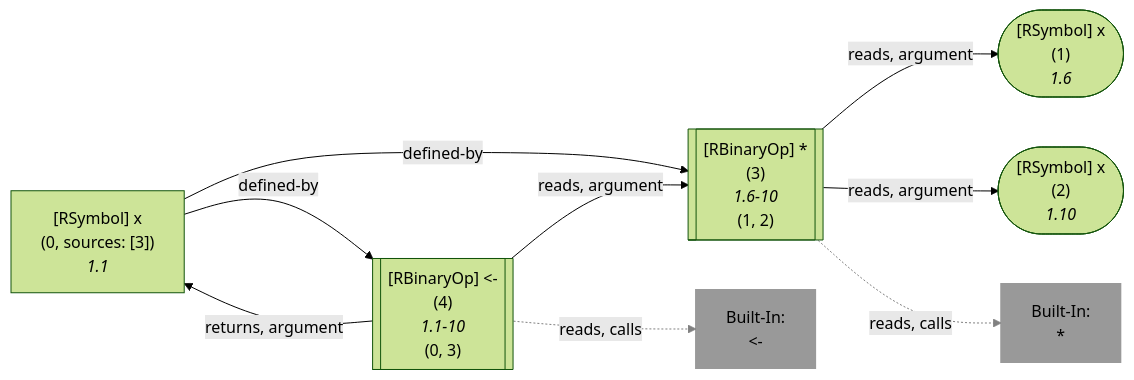
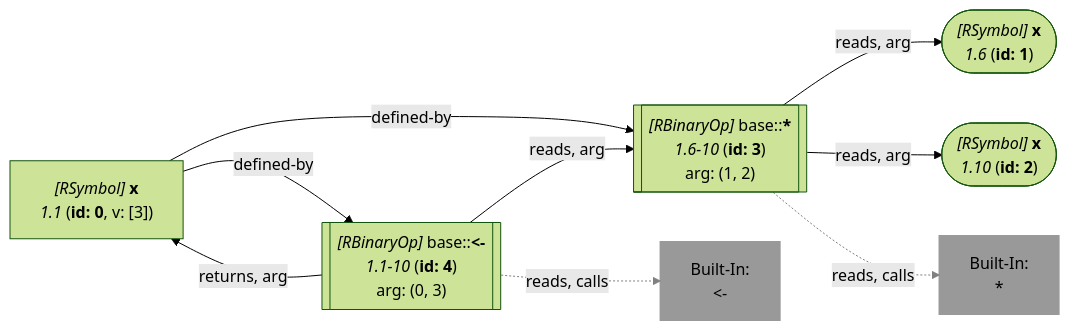
One commit to flowr-analysis/flowr changed the second of 4 diagrams in wiki/Search API.md. Above: the diagram before and after it, drawn with Mermaid (forest theme). The commit also changed other lines of this file and 228 other files, not shown here.

````diff
--- a/wiki/Search API.md
+++ b/wiki/Search API.md
@@ -72,38 +72,33 @@
 ```mermaid
 flowchart LR
-    1(["`#91;RSymbol#93; x
-      (1)
-      *1.6*`"])
+    1(["`*#91;RSymbol#93;* **x**
+      *1.6* (**id: 1**)`"])
    %% No edges found for 1
-    2(["`#91;RSymbol#93; x
-      (2)
-      *1.10*`"])
+    2(["`*#91;RSymbol#93;* **x**
+      *1.10* (**id: 2**)`"])
    %% No edges found for 2
-    3[["`#91;RBinaryOp#93; #42;
-      (3)
-      *1.6-10*
-    (1, 2)`"]]
+    3[["`*#91;RBinaryOp#93;* base#58;#58;**#42;**
+      *1.6-10* (**id: 3**)
+    arg: (1, 2)`"]]
     built-in:_["`Built-In:
 #42;`"]
     style built-in:_ stroke:gray,fill:gray,stroke-width:2px,opacity:.8;
-    0["`#91;RSymbol#93; x
-      (0, sources: [3])
-      *1.1*`"]
-    4[["`#91;RBinaryOp#93; #60;#45;
-      (4)
-      *1.1-10*
-    (0, 3)`"]]
+    0["`*#91;RSymbol#93;* **x**
+      *1.1* (**id: 0**, v: [3])`"]
+    4[["`*#91;RBinaryOp#93;* base#58;#58;**#60;#45;**
+      *1.1-10* (**id: 4**)
+    arg: (0, 3)`"]]
     built-in:_-["`Built-In:
 #60;#45;`"]
     style built-in:_- stroke:gray,fill:gray,stroke-width:2px,opacity:.8;
-    3 -->|"reads, argument"| 1
-    3 -->|"reads, argument"| 2
+    3 -->|"reads, arg"| 1
+    3 -->|"reads, arg"| 2
     3 -.->|"reads, calls"| built-in:_
     linkStyle 2 stroke:gray;
     0 -->|"defined-by"| 3
     0 -->|"defined-by"| 4
-    4 -->|"reads, argument"| 3
-    4 -->|"returns, argument"| 0
+    4 -->|"reads, arg"| 3
+    4 -->|"returns, arg"| 0
     4 -.->|"reads, calls"| built-in:_-
     linkStyle 7 stroke:gray;
 ```
````
